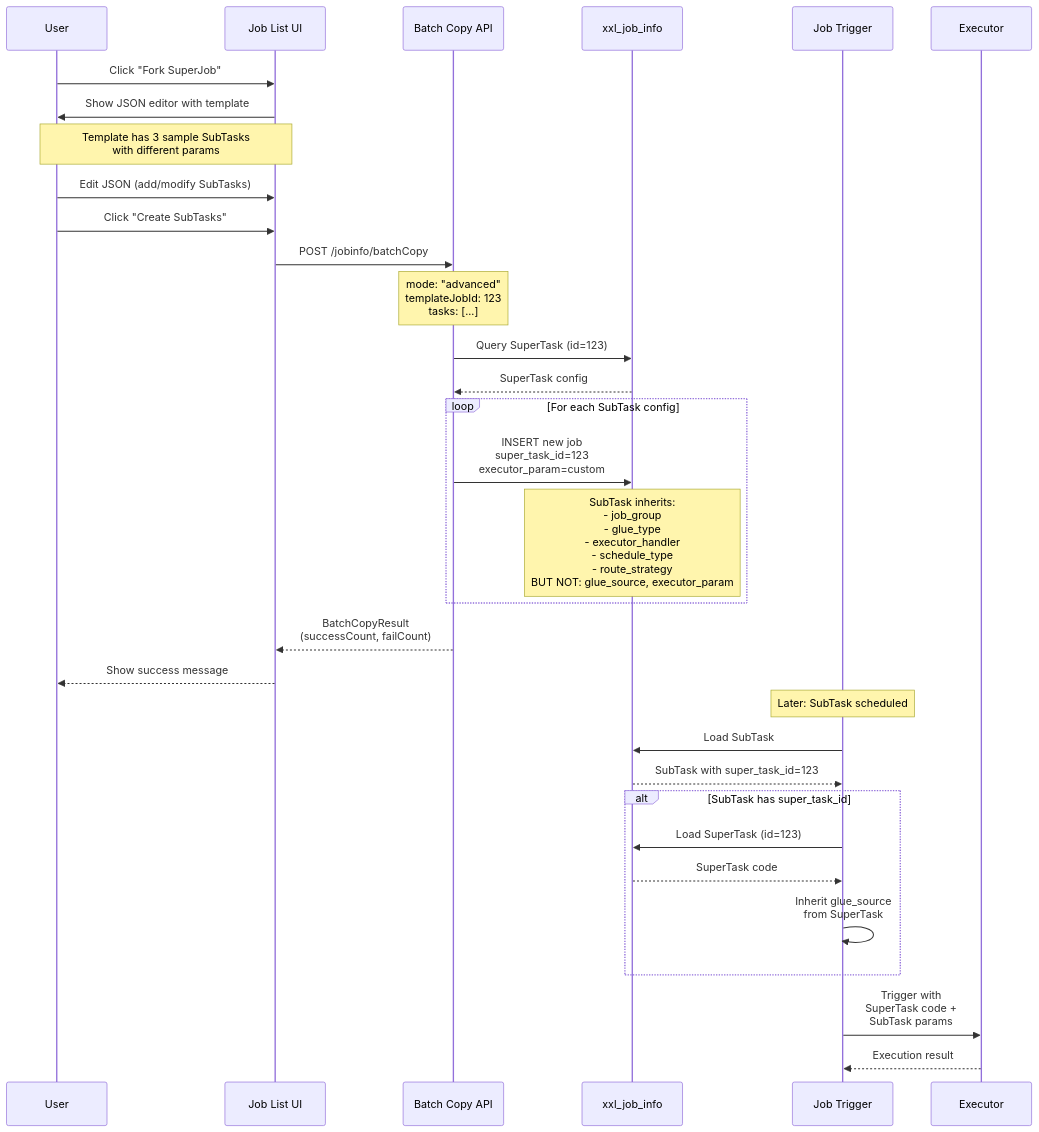
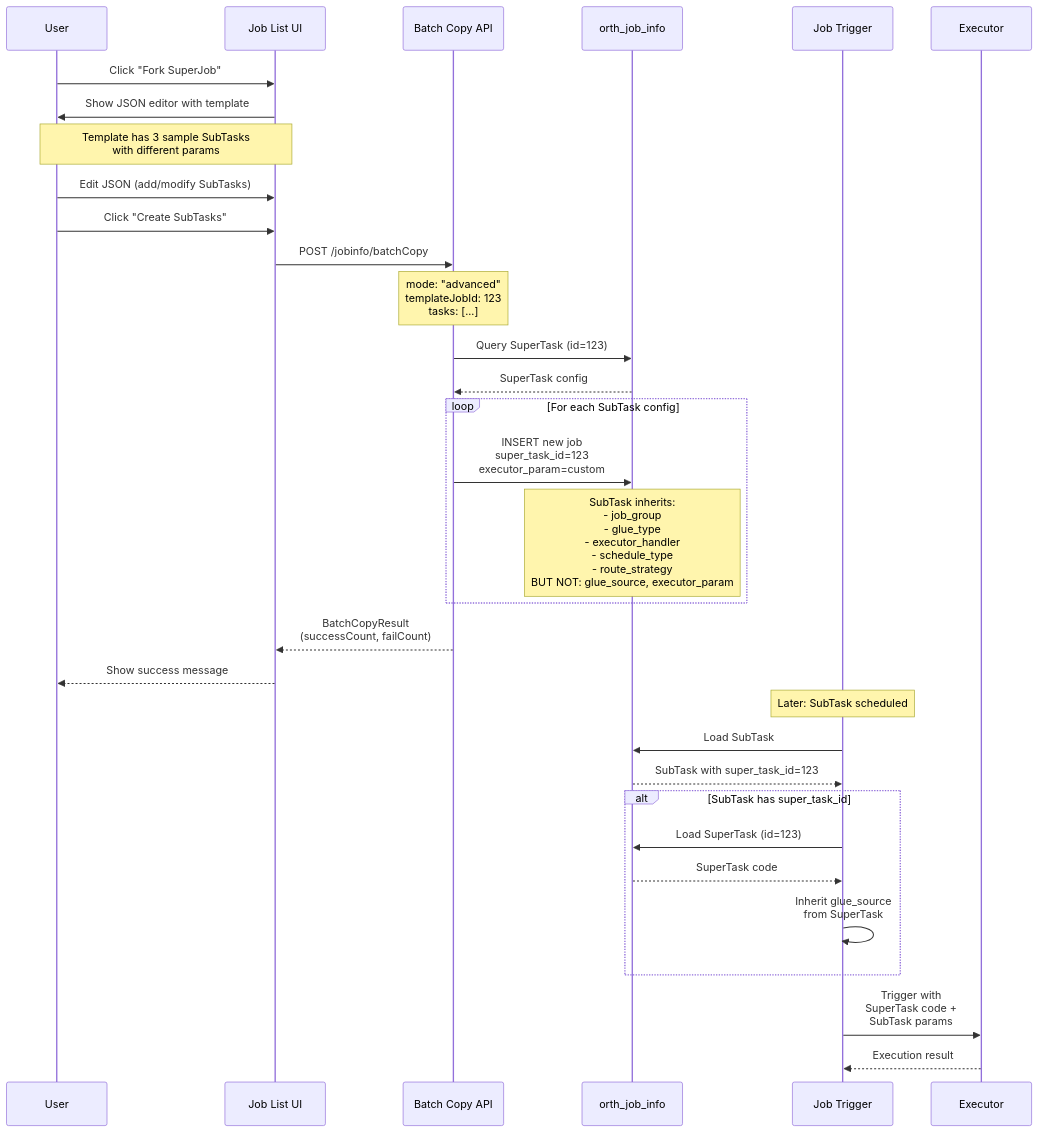
One commit to zombie12138/orth changed the second of 2 diagrams in arch/08-supertask-pattern.md. Above: the diagram before and after it, drawn with Mermaid. The commit also changed other lines of this file and 576 other files, not shown here.

First line of the commit message:
refactor: rename xxl-job → orth across entire project

````diff
--- a/arch/08-supertask-pattern.md
+++ b/arch/08-supertask-pattern.md
@@ -60,44 +60,44 @@
 ```mermaid
 sequenceDiagram
     participant User
     participant UI as Job List UI
     participant API as Batch Copy API
-    participant DB as xxl_job_info
+    participant DB as orth_job_info
     participant Trigger as Job Trigger
     participant Executor
 
     User->>UI: Click "Fork SuperJob"
     UI->>User: Show JSON editor with template
     Note over UI,User: Template has 3 sample SubTasks<br/>with different params
 
     User->>UI: Edit JSON (add/modify SubTasks)
     User->>UI: Click "Create SubTasks"
 
     UI->>API: POST /jobinfo/batchCopy
     Note over API: mode: "advanced"<br/>templateJobId: 123<br/>tasks: [...]
 
     API->>DB: Query SuperTask (id=123)
     DB-->>API: SuperTask config
 
     loop For each SubTask config
         API->>DB: INSERT new job<br/>super_task_id=123<br/>executor_param=custom
         Note over DB: SubTask inherits:<br/>- job_group<br/>- glue_type<br/>- executor_handler<br/>- schedule_type<br/>- route_strategy<br/>BUT NOT: glue_source, executor_param
     end
 
     API-->>UI: BatchCopyResult<br/>(successCount, failCount)
     UI-->>User: Show success message
 
     Note over Trigger: Later: SubTask scheduled
 
     Trigger->>DB: Load SubTask
     DB-->>Trigger: SubTask with super_task_id=123
 
     alt SubTask has super_task_id
         Trigger->>DB: Load SuperTask (id=123)
         DB-->>Trigger: SuperTask code
         Trigger->>Trigger: Inherit glue_source<br/>from SuperTask
     end
 
     Trigger->>Executor: Trigger with<br/>SuperTask code +<br/>SubTask params
     Executor-->>Trigger: Execution result
 ```
````
